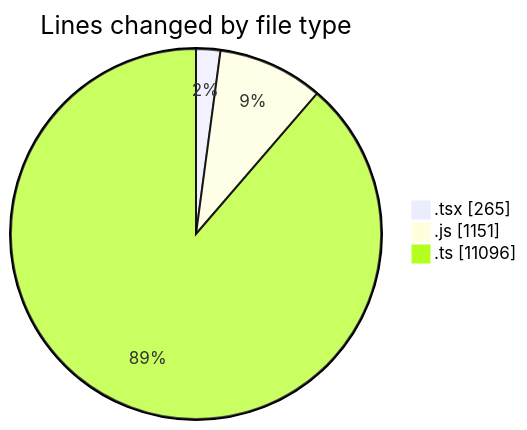
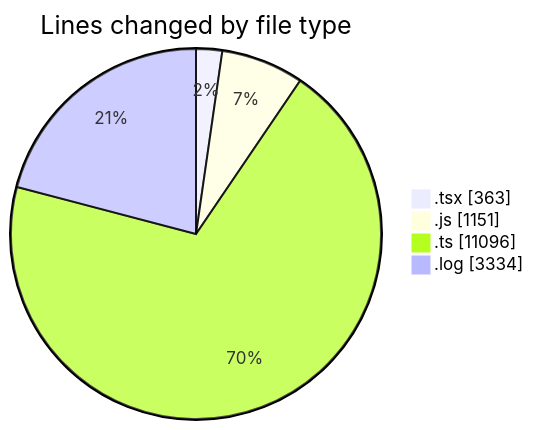
Before and after one commit to momahboobian/code-tracking: the first of 2 diagrams in 2026-04-09/cda/README.md, drawn with Mermaid. The commit also changed other lines of this file and 1 other file, not shown here.

````diff
--- a/2026-04-09/cda/README.md
+++ b/2026-04-09/cda/README.md
@@ -25,7 +27,8 @@
 ```mermaid
 pie showData
 title Lines changed by file type
-".tsx" : 265
+".tsx" : 363
 ".js" : 1151
 ".ts" : 11096
+".log" : 3334
 ```
````
